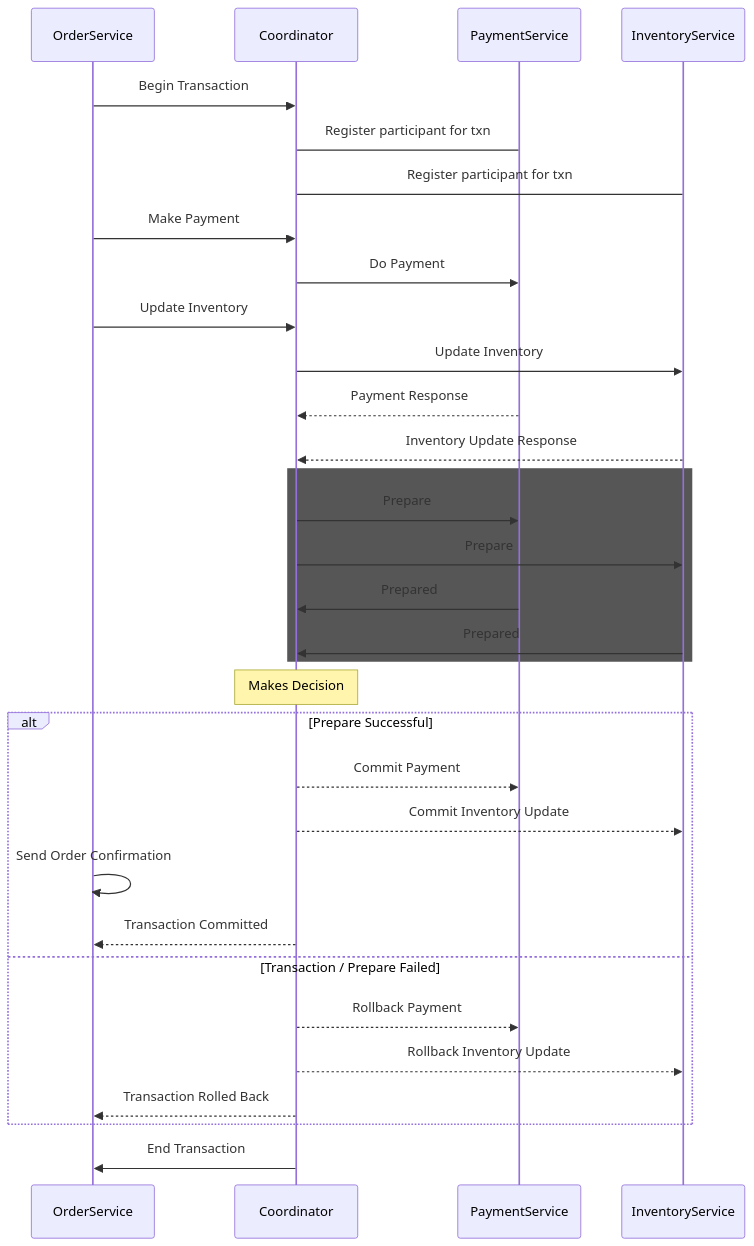
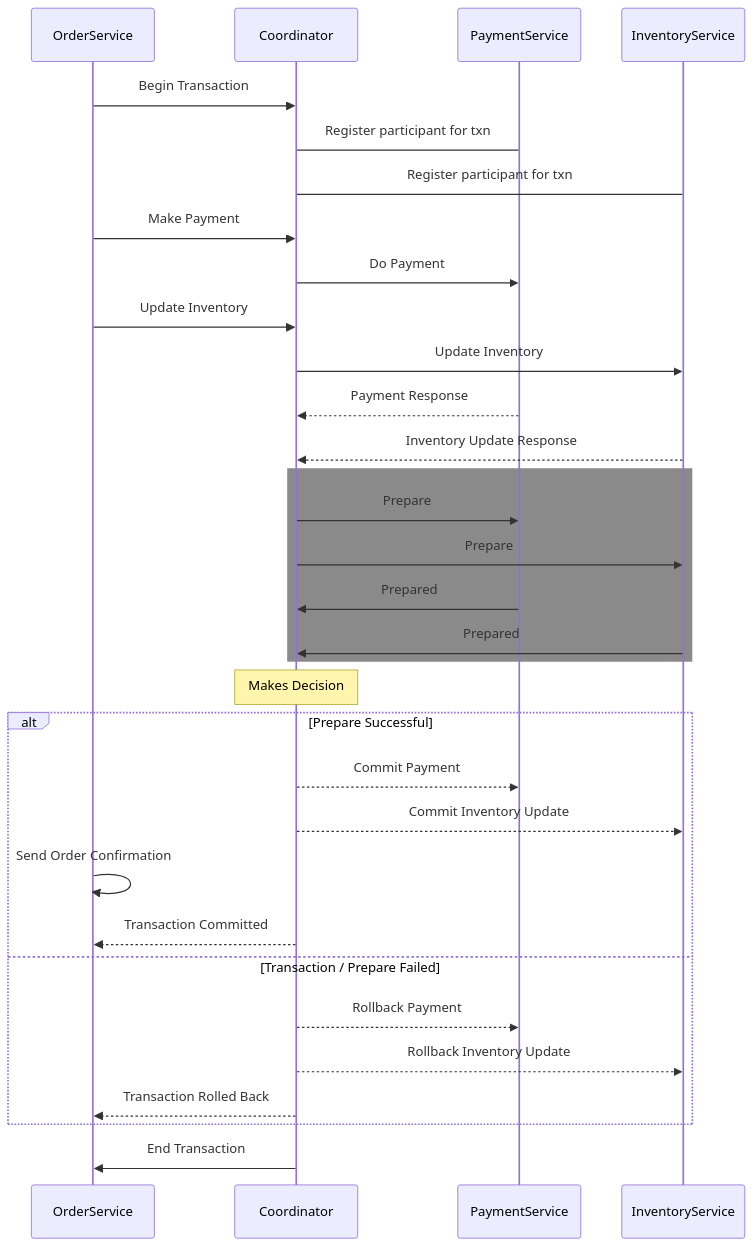
Before and after one commit to dsplayerX/distributed-transaction-example: the diagram in README.md, drawn with Mermaid. The commit also changed other lines of this file, not shown here.

````diff
--- a/README.md
+++ b/README.md
@@ -17,40 +57,40 @@
 ```mermaid
 sequenceDiagram
     participant OrderService
     participant Coordinator
     participant PaymentService
     participant InventoryService
  
         OrderService->>Coordinator: Begin Transaction
         Coordinator->PaymentService: Register participant for txn
         Coordinator->InventoryService: Register participant for txn
     
     OrderService->>Coordinator: Make Payment
     Coordinator->>PaymentService: Do Payment
     OrderService->>Coordinator: Update Inventory
     Coordinator->>InventoryService: Update Inventory
 
 
     PaymentService-->>Coordinator: Payment Response
     InventoryService-->>Coordinator: Inventory Update Response
     
-    rect rgb(86, 86, 86)
+    rect rgba(138,138,138,255)
         Coordinator->>PaymentService: Prepare
         Coordinator->>InventoryService: Prepare
             PaymentService->>Coordinator: Prepared
             InventoryService->>Coordinator: Prepared
     end
     Note over Coordinator: Makes Decision    
     alt Prepare Successful
         Coordinator-->>PaymentService: Commit Payment
         Coordinator-->>InventoryService: Commit Inventory Update
         OrderService->>OrderService: Send Order Confirmation        
         Coordinator-->>OrderService: Transaction Committed
     else Transaction / Prepare Failed
         Coordinator-->>PaymentService: Rollback Payment
         Coordinator-->>InventoryService: Rollback Inventory Update
         Coordinator-->>OrderService: Transaction Rolled Back
     end
     Coordinator->>OrderService: End Transaction
     
 ```
````
